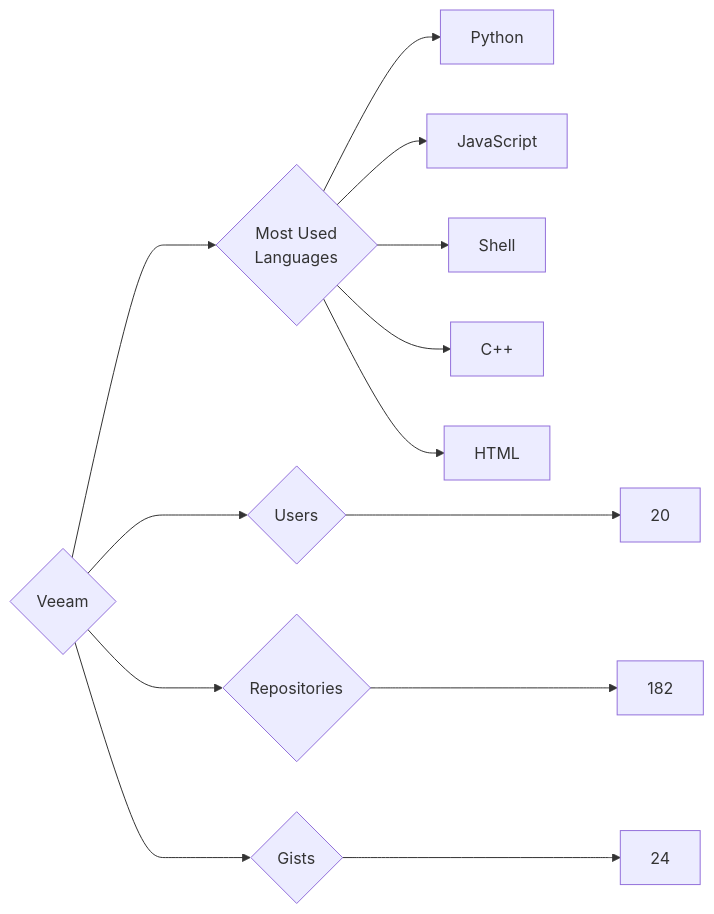
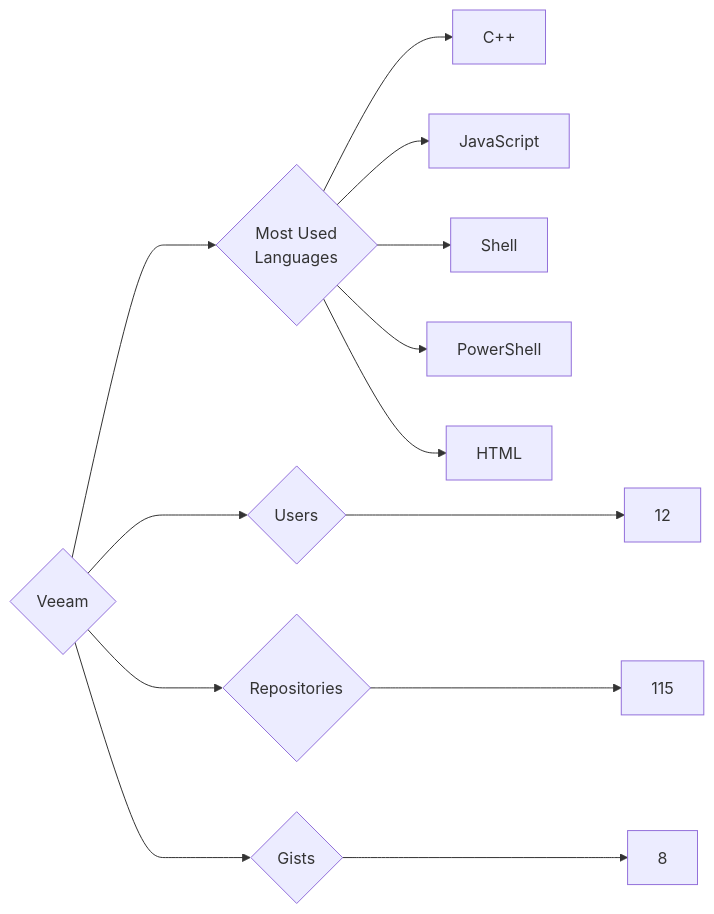
One commit to trickest/insiders changed the diagram in targets/Veeam/README.md. Above: the diagram before and after it, drawn with Mermaid. The commit also changed 860 other files, not shown here.

````diff
--- a/targets/Veeam/README.md
+++ b/targets/Veeam/README.md
@@ -3,13 +3,13 @@
 ```mermaid
 graph LR
 COMPANY_NAME{Veeam}
-COMPANY_NAME ---> U{Users} ---> UN[20]
-COMPANY_NAME ---> R{Repositories} ---> RN[182]
-COMPANY_NAME ---> G{Gists} ---> GN[24]
+COMPANY_NAME ---> U{Users} ---> UN[12]
+COMPANY_NAME ---> R{Repositories} ---> RN[115]
+COMPANY_NAME ---> G{Gists} ---> GN[8]
 COMPANY_NAME ---> ML{Most Used<br>Languages}
-ML --> Python[Python]
+ML --> C++[C++]
 ML --> JavaScript[JavaScript]
 ML --> Shell[Shell]
-ML --> C++[C++]
+ML --> PowerShell[PowerShell]
 ML --> HTML[HTML]
 ```
````
